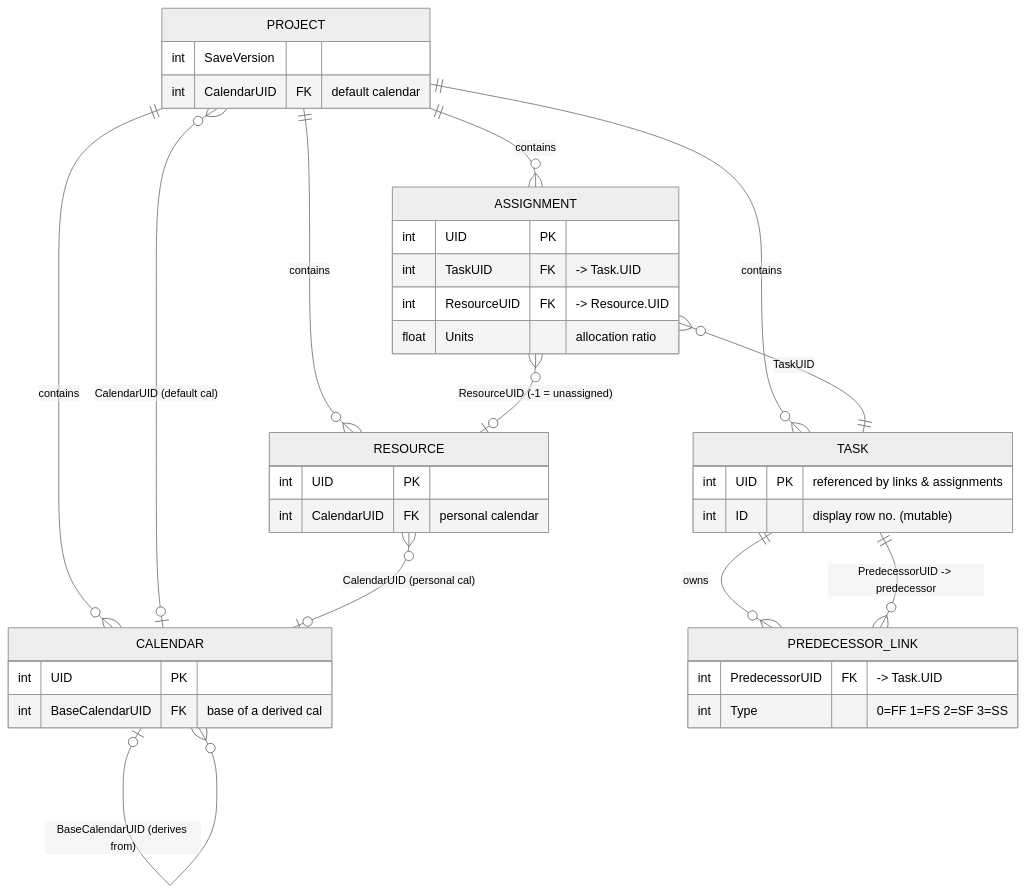
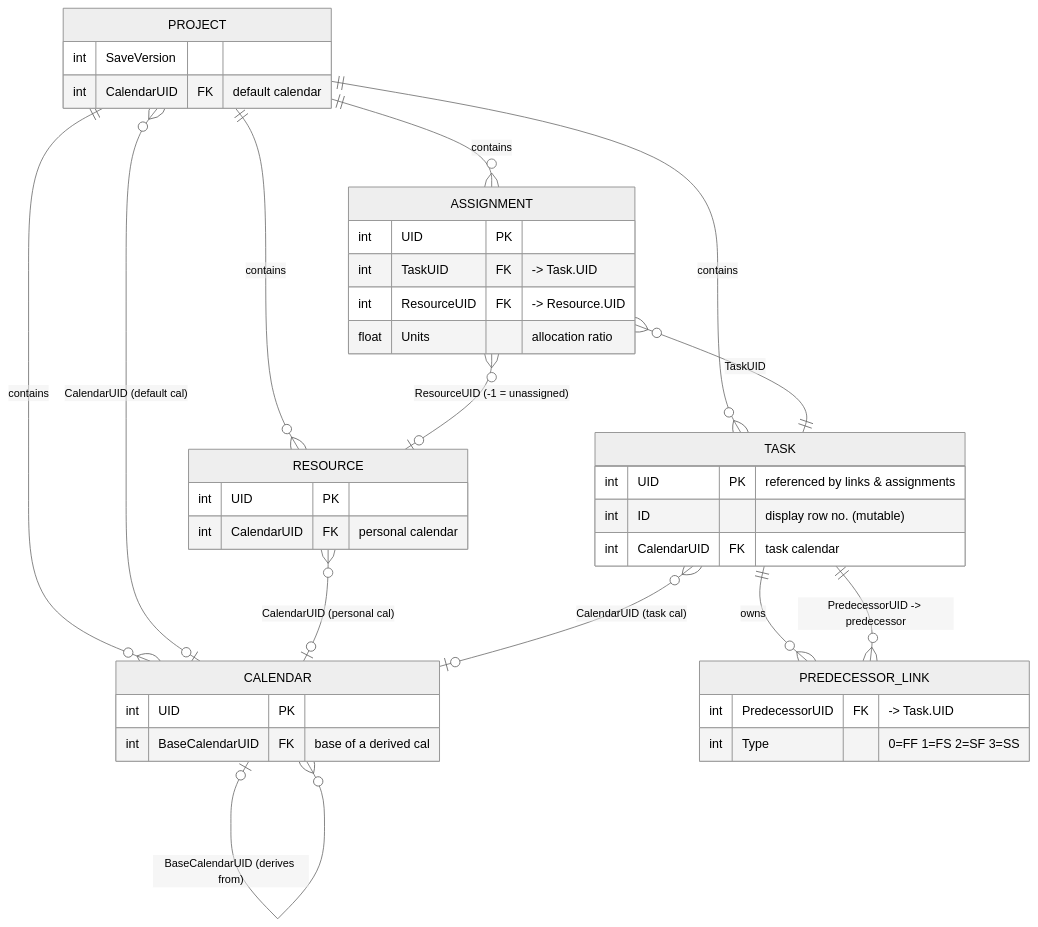
The first of 2 diagrams in handover/01-mspdi/mspdi-core-tree.md (GoodRelax/gr-scheduler), drawn with Mermaid (neutral theme) before and after one commit. The commit also changed other lines of this file and 4 other files, not shown here.

First line of the commit message:
Correct MSPDI reference against the schema

````diff
--- a/handover/01-mspdi/mspdi-core-tree.md
+++ b/handover/01-mspdi/mspdi-core-tree.md
@@ -420,41 +350,43 @@
 ```mermaid
 erDiagram
     PROJECT ||--o{ CALENDAR : "contains"
     PROJECT ||--o{ TASK : "contains"
     PROJECT ||--o{ RESOURCE : "contains"
     PROJECT ||--o{ ASSIGNMENT : "contains"
     PROJECT }o--o| CALENDAR : "CalendarUID (default cal)"
     CALENDAR |o--o{ CALENDAR : "BaseCalendarUID (derives from)"
     RESOURCE }o--o| CALENDAR : "CalendarUID (personal cal)"
+    TASK }o--o| CALENDAR : "CalendarUID (task cal)"
     TASK ||--o{ PREDECESSOR_LINK : "owns"
     PREDECESSOR_LINK }o--|| TASK : "PredecessorUID -> predecessor"
     ASSIGNMENT }o--|| TASK : "TaskUID"
     ASSIGNMENT }o--o| RESOURCE : "ResourceUID (-1 = unassigned)"
 
     PROJECT {
         int SaveVersion
         int CalendarUID FK "default calendar"
     }
     CALENDAR {
         int UID PK
         int BaseCalendarUID FK "base of a derived cal"
     }
     TASK {
         int UID PK "referenced by links & assignments"
         int ID "display row no. (mutable)"
+        int CalendarUID FK "task calendar"
     }
     RESOURCE {
         int UID PK
         int CalendarUID FK "personal calendar"
     }
     ASSIGNMENT {
         int UID PK
         int TaskUID FK "-> Task.UID"
         int ResourceUID FK "-> Resource.UID"
         float Units "allocation ratio"
     }
     PREDECESSOR_LINK {
         int PredecessorUID FK "-> Task.UID"
         int Type "0=FF 1=FS 2=SF 3=SS"
     }
 ```
````
